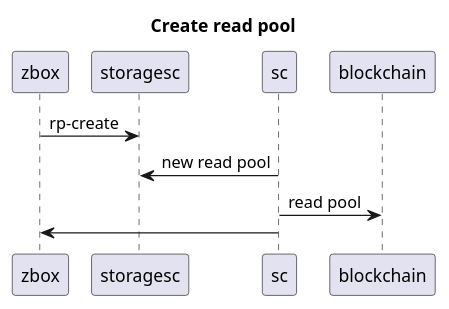
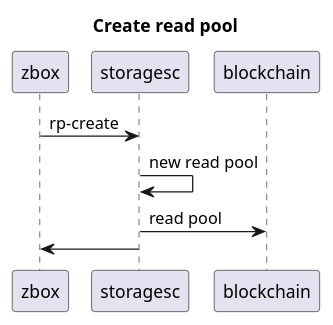
Diagram 26 of 32 in documents/uml.md (0chain/zboxcli), drawn with PlantUML before and after one commit. The commit also changed other lines of this file and 1 other file, not shown here.

````diff
--- a/documents/uml.md
+++ b/documents/uml.md
@@ -624,7 +632,7 @@
 ```puml
 title Create read pool
 zbox ->storagesc: rp-create
-sc ->storagesc: new read pool
-sc -> blockchain : read pool
-sc -> zbox
+storagesc ->storagesc: new read pool
+storagesc -> blockchain : read pool
+storagesc -> zbox
 ```
````
